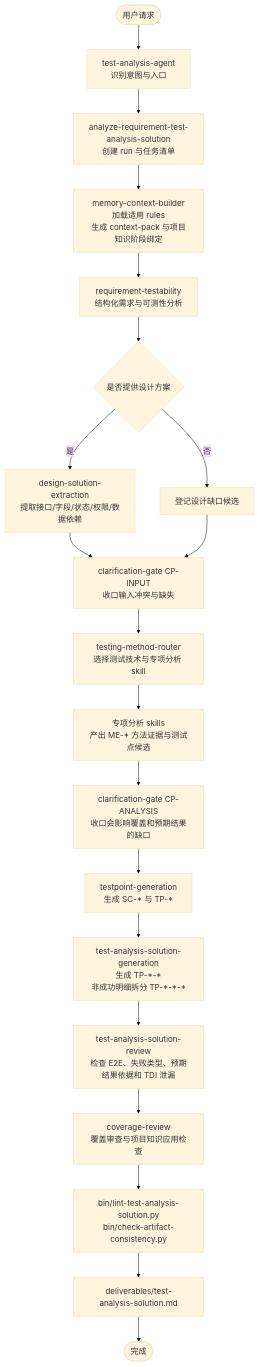
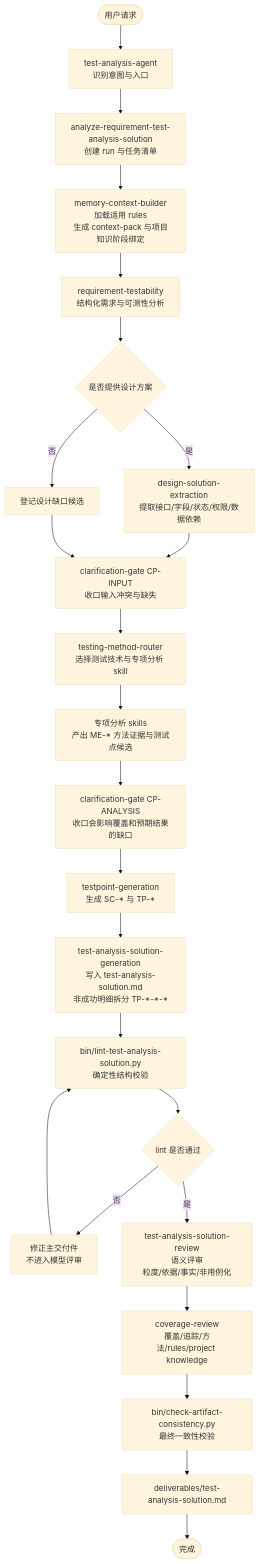
One commit to szluoqy-byte/Test-Analysis-Agent-MM changed the second of 2 diagrams in docs/test-analysis-agent-design.md. Above: the diagram before and after it, drawn with Mermaid (base theme). The commit also changed other lines of this file and 35 other files, not shown here.

Commit message:
refine validation review flow

````diff
--- a/docs/test-analysis-agent-design.md
+++ b/docs/test-analysis-agent-design.md
@@ -109,23 +109,27 @@
 ```mermaid
 flowchart TD
   start([用户请求])
   start --> agent[test-analysis-agent<br/>识别意图与入口]
   agent --> main[analyze-requirement-test-analysis-solution<br/>创建 run 与任务清单]
   main --> ctx[memory-context-builder<br/>加载适用 rules<br/>生成 context-pack 与项目知识阶段绑定]
   ctx --> req[requirement-testability<br/>结构化需求与可测性分析]
   req --> hasDesign{是否提供设计方案}
   hasDesign -- 是 --> design[design-solution-extraction<br/>提取接口/字段/状态/权限/数据依赖]
   hasDesign -- 否 --> designGap[登记设计缺口候选]
   design --> cpInput[clarification-gate CP-INPUT<br/>收口输入冲突与缺失]
   designGap --> cpInput
   cpInput --> route[testing-method-router<br/>选择测试技术与专项分析 skill]
   route --> methods[专项分析 skills<br/>产出 ME-* 方法证据与测试点候选]
   methods --> cpAnalysis[clarification-gate CP-ANALYSIS<br/>收口会影响覆盖和预期结果的缺口]
   cpAnalysis --> tp[testpoint-generation<br/>生成 SC-* 与 TP-*]
-  tp --> analysis[test-analysis-solution-generation<br/>生成 TP-*-*<br/>非成功明细拆分 TP-*-*-*]
-  analysis --> review[test-analysis-solution-review<br/>检查 E2E、失败类型、预期结果依据和 TDI 泄漏]
-  review --> coverage[coverage-review<br/>覆盖审查与项目知识应用检查]
-  coverage --> lint[bin/lint-test-analysis-solution.py<br/>bin/check-artifact-consistency.py]
-  lint --> output[deliverables/test-analysis-solution.md]
+  tp --> analysis[test-analysis-solution-generation<br/>写入 test-analysis-solution.md<br/>非成功明细拆分 TP-*-*-*]
+  analysis --> lint[bin/lint-test-analysis-solution.py<br/>确定性结构校验]
+  lint --> lintDecision{lint 是否通过}
+  lintDecision -- 否 --> fix[修正主交付件<br/>不进入模型评审]
+  fix --> lint
+  lintDecision -- 是 --> review[test-analysis-solution-review<br/>语义评审<br/>粒度/依据/事实/非用例化]
+  review --> coverage[coverage-review<br/>覆盖/追踪/方法/rules/project knowledge]
+  coverage --> consistency[bin/check-artifact-consistency.py<br/>最终一致性校验]
+  consistency --> output[deliverables/test-analysis-solution.md]
   output --> finish([完成])
 ```
````
